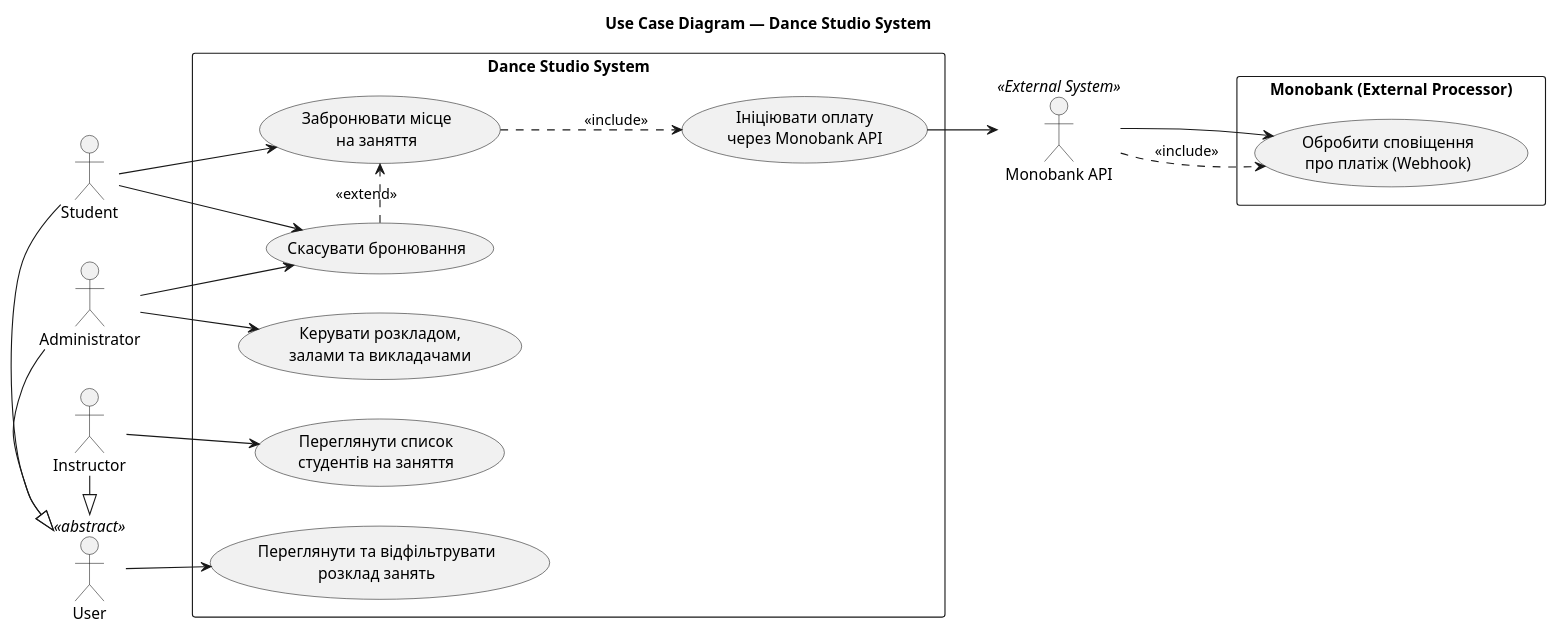
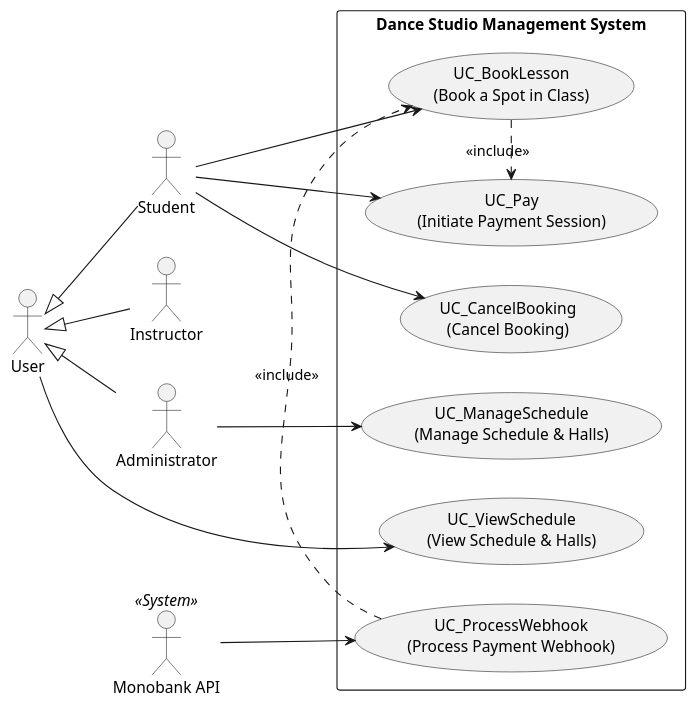
One commit to prashchukdanylo-stack/software-requirements-modeling-and-analysis changed the diagram in lab2/useCaseDiagram.puml. Above: the diagram before and after it, drawn with PlantUML. The commit also changed other lines of this file and 5 other files, not shown here.

Commit message:
changed a bit traceability matrix, audit in spec; fixed problems from audit in lab1, added Administrator and Payment entities, constrained booking and payment statuses.

```diff
--- a/lab2/useCaseDiagram.puml
+++ b/lab2/useCaseDiagram.puml
@@ -1,60 +2,34 @@
 @startuml
+left to right direction
+skinparam packageStyle rectangle
 
-' Налаштування стилю діаграми
-skinparam actorStyle stickman
-skinparam packageStyle rectangle
-left to right direction
-title Use Case Diagram — Dance Studio System
+actor User as U
+actor Student as S
+actor Instructor as I
+actor Administrator as Admin
+actor "Monobank API" as Mono << System >>
 
-' Визначення акторів (Люди та Зовнішня система)
-actor "User" as U << abstract >>
-actor "Student" as S
-actor "Administrator" as Admin
-actor "Instructor" as Instructor
-actor "Monobank API" as MonoPay << External System >>
+U <|-- S
+U <|-- I
+U <|-- Admin
 
-' Ієрархія акторів
-S -|> U
-Admin -|> U
-Instructor -|> U
+rectangle "Dance Studio Management System" {
+    usecase "UC_ViewSchedule\n(View Schedule & Halls)" as UC_View
+    usecase "UC_ManageSchedule\n(Manage Schedule & Halls)" as UC_Manage
+    usecase "UC_BookLesson\n(Book a Spot in Class)" as UC_Book
+    usecase "UC_Pay\n(Initiate Payment Session)" as UC_Pay
+    usecase "UC_CancelBooking\n(Cancel Booking)" as UC_Cancel
+    usecase "UC_ProcessWebhook\n(Process Payment Webhook)" as UC_Webhook
 
-' Межа внутрішньої системи (Dance Studio System)
-rectangle "Dance Studio System" {
-  usecase "Переглянути та відфільтрувати\nрозклад занять" as UC_View
-  usecase "Забронювати місце\nна заняття" as UC_Book
-  usecase "Ініціювати оплату\nчерез Monobank API" as UC_Pay
-  usecase "Скасувати бронювання" as UC_Cancel
-  usecase "Переглянути список\nстудентів на заняття" as UC_List
-  usecase "Керувати розкладом,\nзалами та викладачами" as UC_Manage
+    U --> UC_View
+    Admin --> UC_Manage
+    
+    S --> UC_Book
+    S --> UC_Pay
+    S --> UC_Cancel
+
+    UC_Book .> UC_Pay : <<include>>
+    UC_Webhook .> UC_Book : <<include>>
+    Mono --> UC_Webhook
 }
-
-' Межа зовнішньої системи (Платіжний процесор)
-rectangle "Monobank (External Processor)" {
-  usecase "Обробити сповіщення\nпро платіж (Webhook)" as UC_Webhook
-}
-
-' Зв'язки Акторів із Прецедентами (Use Cases)
-U --> UC_View
-
-S --> UC_Book
-S --> UC_Cancel
-
-Instructor --> UC_List
-
-Admin --> UC_Manage
-Admin --> UC_Cancel
-
-MonoPay --> UC_Webhook
-
-' Зв'язки між Прецедентами (include / extend)
-' 1. Ініціація оплати є ОБОВ'ЯЗКОВИМ кроком при бронюванні
-UC_Book ..> UC_Pay : <<include>>
-
-' 2. Зв'язок асинхронної взаємодії з банком
-UC_Pay --> MonoPay
-MonoPay ..> UC_Webhook : <<include>>
-
-' 3. Скасування бронювання є ОПЦІОНАЛЬНИМ розширенням (виконується за потреби)
-UC_Cancel .> UC_Book : <<extend>>
-
 @enduml
```
